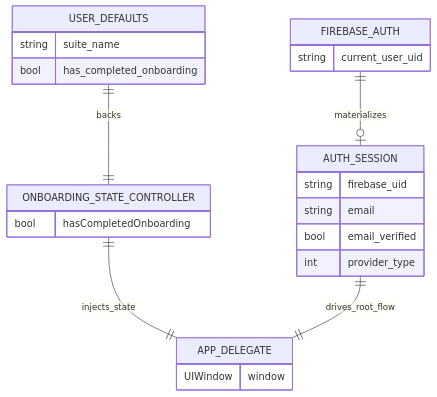
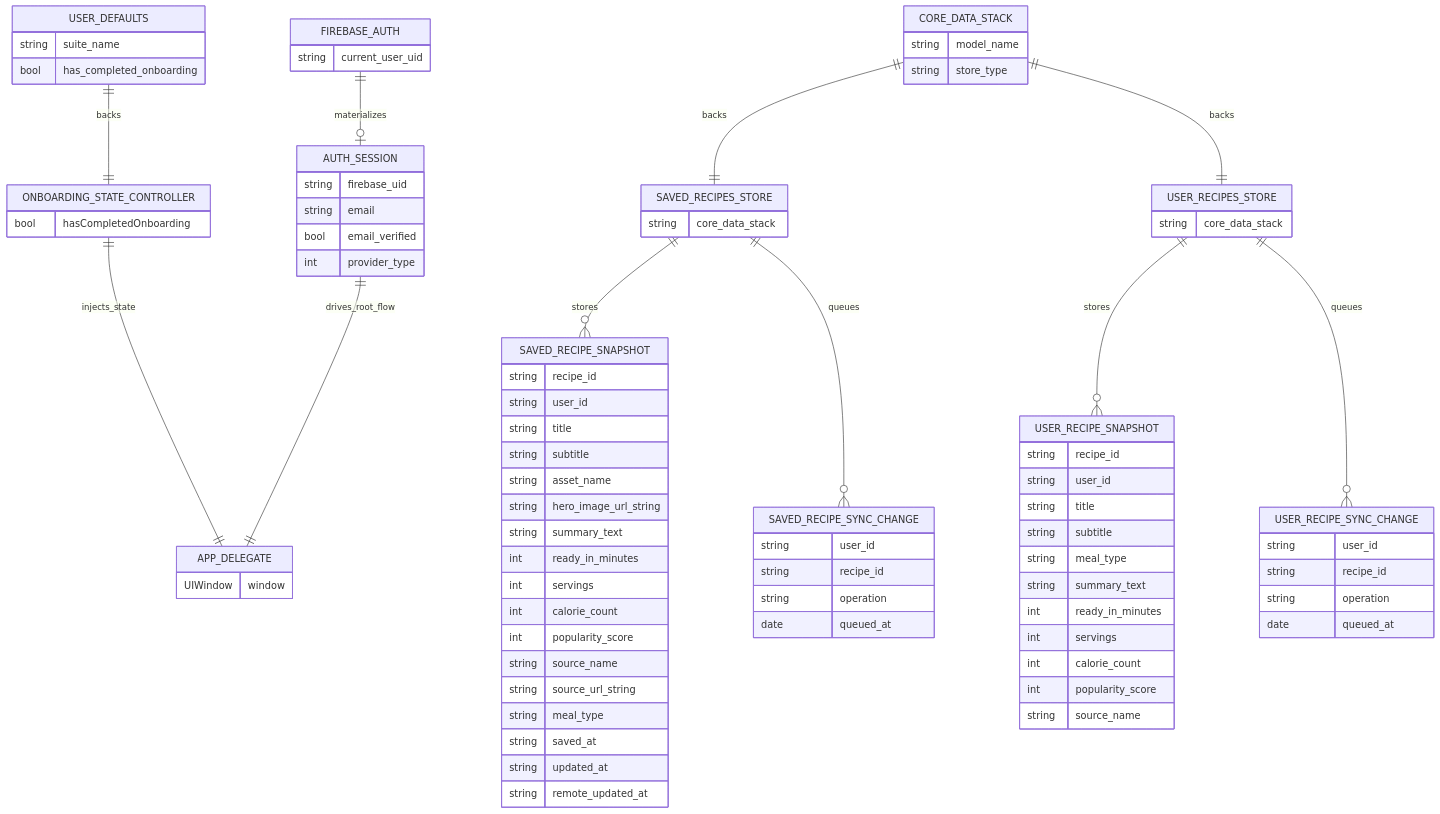
The fourth of 6 diagrams in ARCHITECTURE.md (bengidev/ios-mrr-experiment), drawn with Mermaid before and after one commit. The commit also changed other lines of this file, not shown here.

````diff
--- a/ARCHITECTURE.md
+++ b/ARCHITECTURE.md
@@ -158,6 +291,11 @@
   USER_DEFAULTS {
     string suite_name
     bool has_completed_onboarding
+  }
+
+  CORE_DATA_STACK {
+    string model_name
+    string store_type
   }
 
   ONBOARDING_STATE_CONTROLLER {
@@ -179,8 +317,70 @@
     string current_user_uid
   }
 
+  SAVED_RECIPES_STORE {
+    string core_data_stack
+  }
+
+  SAVED_RECIPE_SNAPSHOT {
+    string recipe_id
+    string user_id
+    string title
+    string subtitle
+    string asset_name
+    string hero_image_url_string
+    string summary_text
+    int ready_in_minutes
+    int servings
+    int calorie_count
+    int popularity_score
+    string source_name
+    string source_url_string
+    string meal_type
+    string saved_at
+    string updated_at
+    string remote_updated_at
+  }
+
+  SAVED_RECIPE_SYNC_CHANGE {
+    string user_id
+    string recipe_id
+    string operation
+    date queued_at
+  }
+
+  USER_RECIPES_STORE {
+    string core_data_stack
+  }
+
+  USER_RECIPE_SNAPSHOT {
+    string recipe_id
+    string user_id
+    string title
+    string subtitle
+    string meal_type
+    string summary_text
+    int ready_in_minutes
+    int servings
+    int calorie_count
+    int popularity_score
+    string source_name
+  }
+
+  USER_RECIPE_SYNC_CHANGE {
+    string user_id
+    string recipe_id
+    string operation
+    date queued_at
+  }
+
   USER_DEFAULTS ||--|| ONBOARDING_STATE_CONTROLLER : backs
   ONBOARDING_STATE_CONTROLLER ||--|| APP_DELEGATE : injects_state
   FIREBASE_AUTH ||--o| AUTH_SESSION : materializes
   AUTH_SESSION ||--|| APP_DELEGATE : drives_root_flow
+  CORE_DATA_STACK ||--|| SAVED_RECIPES_STORE : backs
+  CORE_DATA_STACK ||--|| USER_RECIPES_STORE : backs
+  SAVED_RECIPES_STORE ||--o{ SAVED_RECIPE_SNAPSHOT : stores
+  SAVED_RECIPES_STORE ||--o{ SAVED_RECIPE_SYNC_CHANGE : queues
+  USER_RECIPES_STORE ||--o{ USER_RECIPE_SNAPSHOT : stores
+  USER_RECIPES_STORE ||--o{ USER_RECIPE_SYNC_CHANGE : queues
 ```
````
